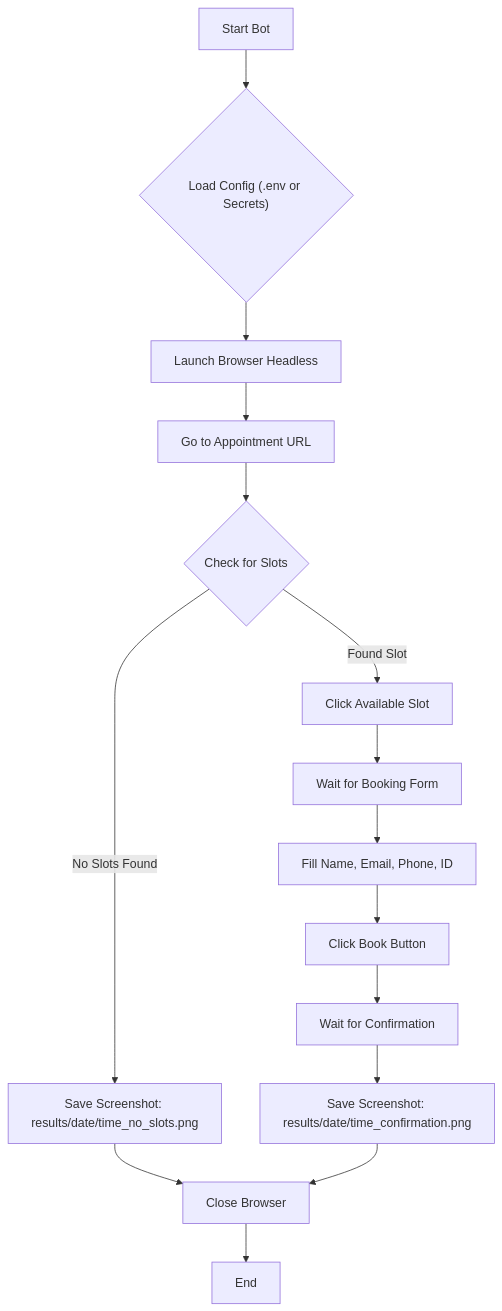
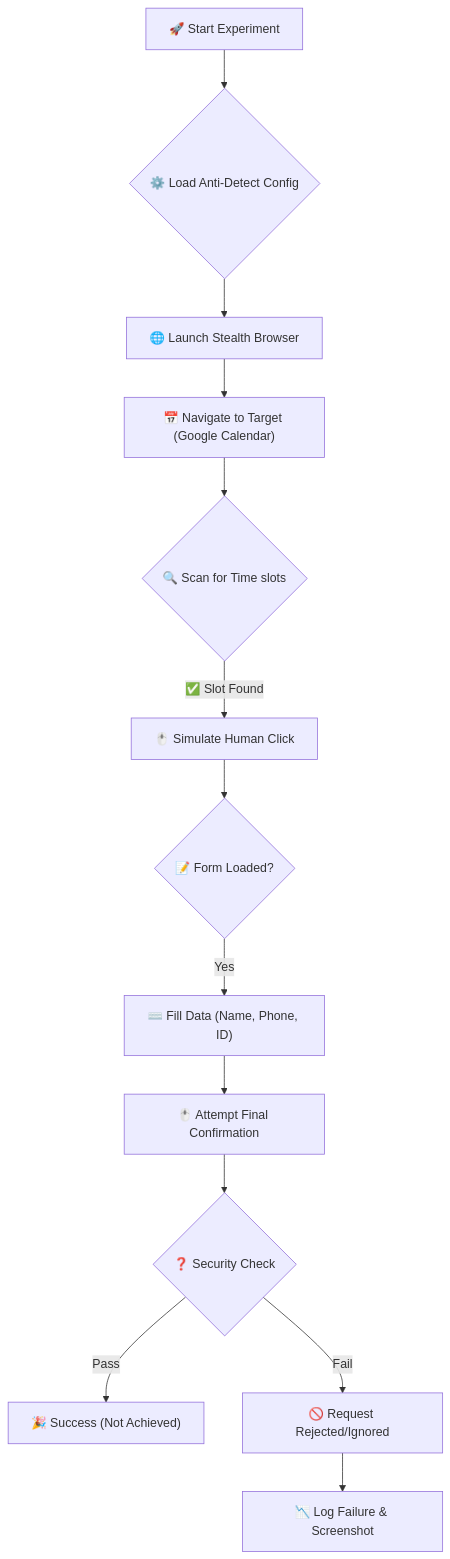
One commit to Kritchanaxt/bot-auto-room changed the diagram in README.md. Above: the diagram before and after it, drawn with Mermaid. The commit also changed other lines of this file, not shown here.

````diff
--- a/README.md
+++ b/README.md
@@ -14,17 +49,19 @@
 ```mermaid
 graph TD
-    A["Start Bot"] --> B{"Load Config (.env or Secrets)"}
-    B --> C["Launch Browser Headless"]
-    C --> D["Go to Appointment URL"]
-    D --> E{"Check for Slots"}
-    E -- "No Slots Found" --> F["Save Screenshot: results/date/time_no_slots.png"]
-    F --> G["Close Browser"]
-    G --> H["End"]
-    E -- "Found Slot" --> I["Click Available Slot"]
-    I --> J["Wait for Booking Form"]
-    J --> K["Fill Name, Email, Phone, ID"]
-    K --> L["Click Book Button"]
-    L --> M["Wait for Confirmation"]
-    M --> N["Save Screenshot: results/date/time_confirmation.png"]
-    N --> G
+    A["🚀 Start Experiment"] --> B{"⚙️ Load Anti-Detect Config"}
+    B --> C["🌐 Launch Stealth Browser"]
+    C --> D["📅 Navigate to Target (Google Calendar)"]
+    D --> E{"🔍 Scan for Time slots"}
+    
+    E -- "✅ Slot Found" --> F["🖱️ Simulate Human Click"]
+    F --> G{"📝 Form Loaded?"}
+    
+    G -- "Yes" --> H["⌨️ Fill Data (Name, Phone, ID)"]
+    H --> I["🖱️ Attempt Final Confirmation"]
+    
+    I --> J{❓ Security Check}
+    J -- "Pass" --> K["🎉 Success (Not Achieved)"]
+    J -- "Fail" --> L["🚫 Request Rejected/Ignored"]
+    
+    L --> M["📉 Log Failure & Screenshot"]
 ```
````
